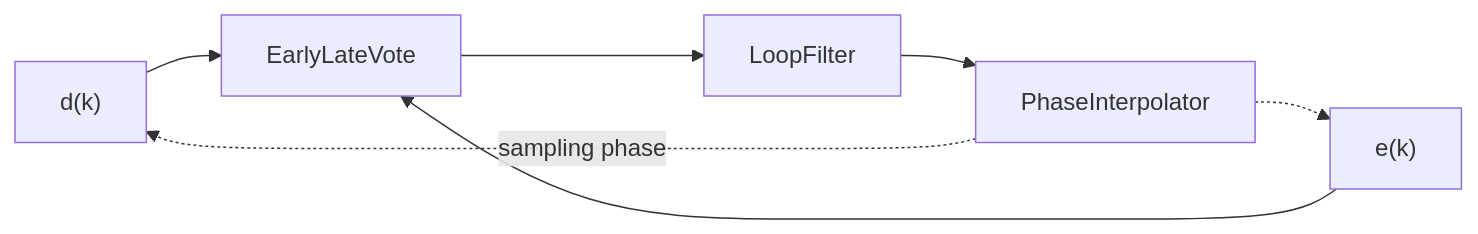
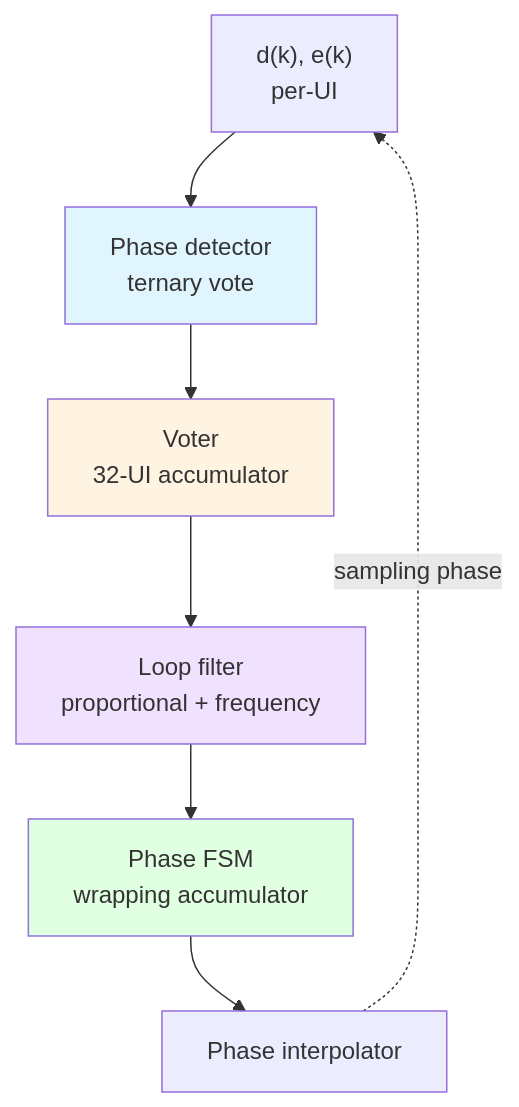
Before and after one commit to patrick-lightmatter/mydocs: the third of 3 diagrams in oci_msa/l250/architecture_spec.md, drawn with Mermaid. The commit also changed other lines of this file and 21 other files, not shown here.

First line of the commit message:
Expand L250 architecture spec with TX/MRM sections and sign-off artifacts.

````diff
--- a/oci_msa/l250/architecture_spec.md
+++ b/oci_msa/l250/architecture_spec.md
@@ -254,15 +433,17 @@
 ```mermaid
-flowchart LR
-    D["d(k)"]
-    E["e(k)"]
-    PD["EarlyLateVote"]
-    LF["LoopFilter"]
-    PI["PhaseInterpolator"]
+flowchart TB
+    IN["d(k), e(k)<br/>per-UI"]
+    PD["Phase detector<br/>ternary vote"]
+    VOTER["Voter<br/>32-UI accumulator"]
+    LF["Loop filter<br/>proportional + frequency"]
+    FSM["Phase FSM<br/>wrapping accumulator"]
+    PI["Phase interpolator"]
 
-    D --> PD
-    E --> PD
-    PD --> LF
-    LF --> PI
-    PI -.->|sampling phase| D
-    PI -.-> E
+    IN --> PD --> VOTER --> LF --> FSM --> PI
+    PI -.->|sampling phase| IN
+
+    style PD fill:#e1f5ff
+    style VOTER fill:#fff4e1
+    style LF fill:#f0e1ff
+    style FSM fill:#e1ffe1
 ```
````
